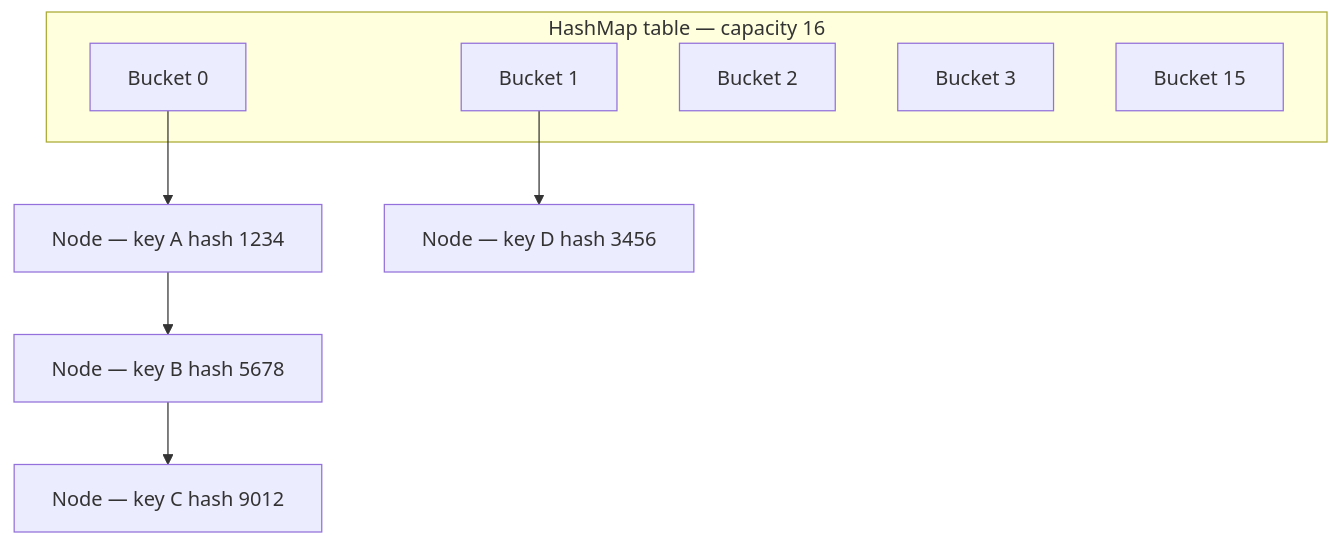
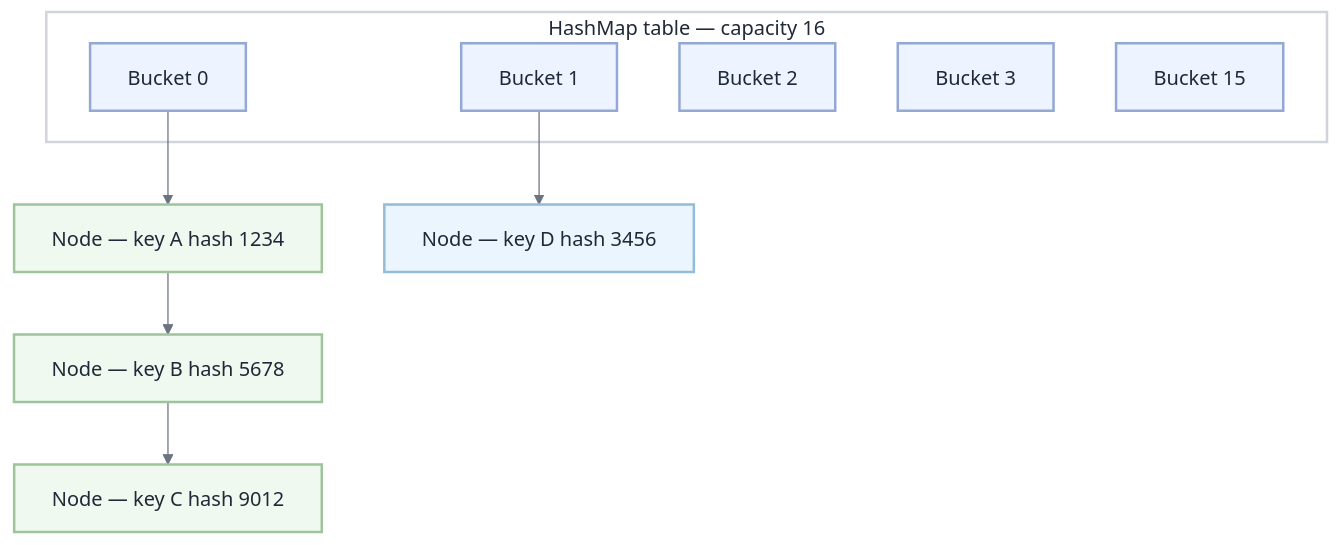
Before and after one commit to MishaSytch/middle_java_back: the diagram in docs/interview/hashmap-equals-hashcode.md, drawn with Mermaid. The commit also changed 15 other files, not shown here.

````diff
--- a/docs/interview/hashmap-equals-hashcode.md
+++ b/docs/interview/hashmap-equals-hashcode.md
@@ -7,17 +7,32 @@
 ```mermaid
+%%{init: { 'theme': 'neutral', 'themeVariables': { 'primaryColor': '#ffffff', 'primaryTextColor': '#1f2937', 'lineColor': '#6b7280', 'primaryBorderColor': '#d1d5db', 'secondaryColor': '#f3f4f6', 'tertiaryColor': '#e5e7eb' } } }%%
 flowchart TD
     subgraph Table[HashMap table — capacity 16]
         B0[Bucket 0]
         B1[Bucket 1]
         B2[Bucket 2]
         B3[Bucket 3]
         B15[Bucket 15]
     end
     B0 --> N1[Node — key A hash 1234]
     N1 --> N2[Node — key B hash 5678]
     N2 --> N3[Node — key C hash 9012]
     B1 --> N4[Node — key D hash 3456]
     B2
     B3
     B15
+    classDef n0 fill:#ffffff,stroke:#d1d5db,stroke-width:2px,color:#1f2937
+    classDef n1 fill:#eef4ff,stroke:#93a8d4,stroke-width:2px,color:#1f2937
+    classDef n2 fill:#f0f9ef,stroke:#9dc49a,stroke-width:2px,color:#1f2937
+    classDef n3 fill:#eaf5fd,stroke:#94bcd8,stroke-width:2px,color:#1f2937
+    class Table n0
+    class B0 n1
+    class B1 n1
+    class B2 n1
+    class B3 n1
+    class B15 n1
+    class N1 n2
+    class N2 n2
+    class N3 n2
+    class N4 n3
 ```
````
